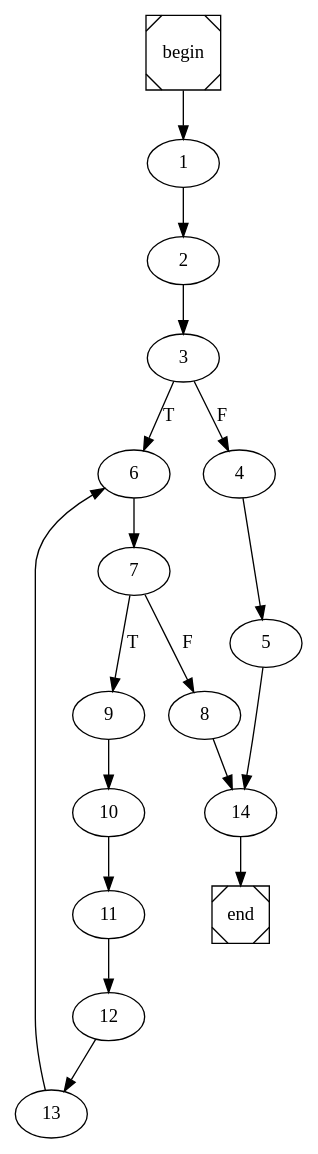
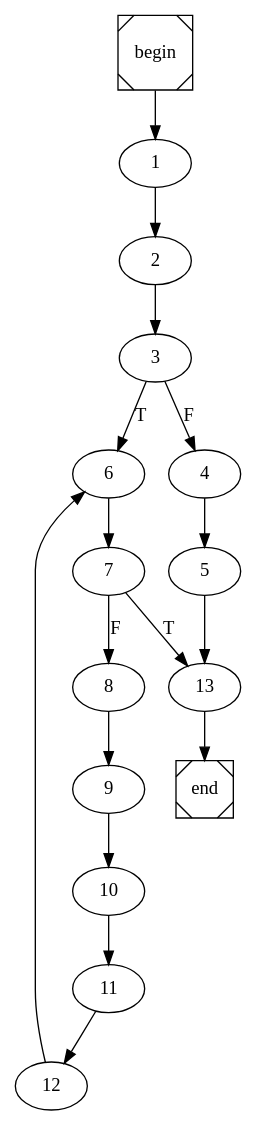
One commit to arubenruben/JMM-Compiler changed the diagram in factorial_int.dot. Above: the diagram before and after it, drawn with Graphviz. The commit also changed 11 other files, not shown here.

```diff
--- a/factorial_int.dot
+++ b/factorial_int.dot
@@ -1,4 +1,4 @@
 digraph cfg {
 	begin [shape=Msquare];
 	end [shape=Msquare];
-	begin -> 1;	1 -> 2;	2 -> 3;	3 -> 6[label=T];	3 -> 4[label=F];	4 -> 5;	5 -> 14;	6 -> 7;	7 -> 9[label=T];	7 -> 8[label=F];	8 -> 14;	9 -> 10;	10 -> 11;	11 -> 12;	12 -> 13;	13 -> 6;	14 -> end;}
+	begin -> 1;	1 -> 2;	2 -> 3;	3 -> 6[label=T];	3 -> 4[label=F];	4 -> 5;	5 -> 13;	6 -> 7;	7 -> 13[label=T];	7 -> 8[label=F];	8 -> 9;	9 -> 10;	10 -> 11;	11 -> 12;	12 -> 6;	13 -> end;}
```
